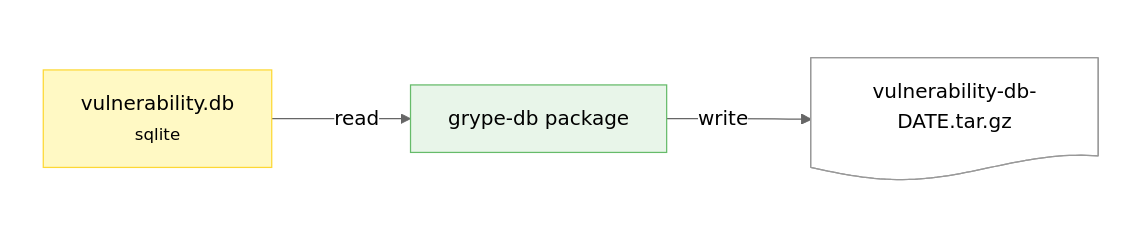
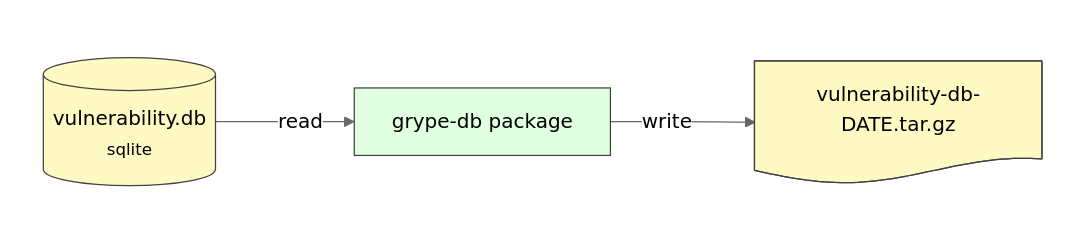
The fifth of 5 diagrams in content/docs/architecture/projects/vunnel.md (anchore-oss-update-bot/oss-docs), drawn with Mermaid (neutral theme) before and after one commit. The commit also changed other lines of this file and 1 other file, not shown here.

Commit message:
improve vunnel and overview diagrams

````diff
--- a/content/docs/architecture/projects/vunnel.md
+++ b/content/docs/architecture/projects/vunnel.md
@@ -194,25 +207,25 @@
 ```mermaid
 flowchart LR
     subgraph db_in[ ]
         db[vulnerability.db<br/><small>sqlite</small>]
     end
 
     package[grype-db package]
 
     subgraph archive_out[ ]
         archive[[vulnerability-db-DATE.tar.gz]]
     end
 
     db -->|read| package
     package -->|write| archive
 
-    style package fill:#e8f5e9,stroke:#66bb6a,stroke-width:1px
+    package:::Application
+    db:::Database@{ shape: db }
+    archive:::Database@{ shape: document }
 
     style db_in fill:none,stroke:none
     style archive_out fill:none,stroke:none
 
-    style db fill:#fff9c4,stroke:#fdd835,stroke-width:1px
-    style archive fill:#fff
-
-    archive@{ shape: document }
+    classDef Application fill:#e1ffe1,stroke:#424242,stroke-width:1px
+    classDef Database stroke-width:1px, stroke-dasharray:none, stroke:#424242, fill:#fff9c4, color:#000000
 ```
````
